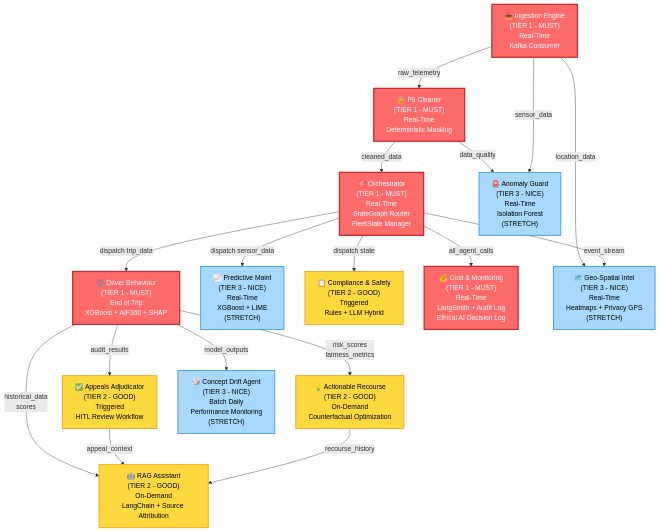
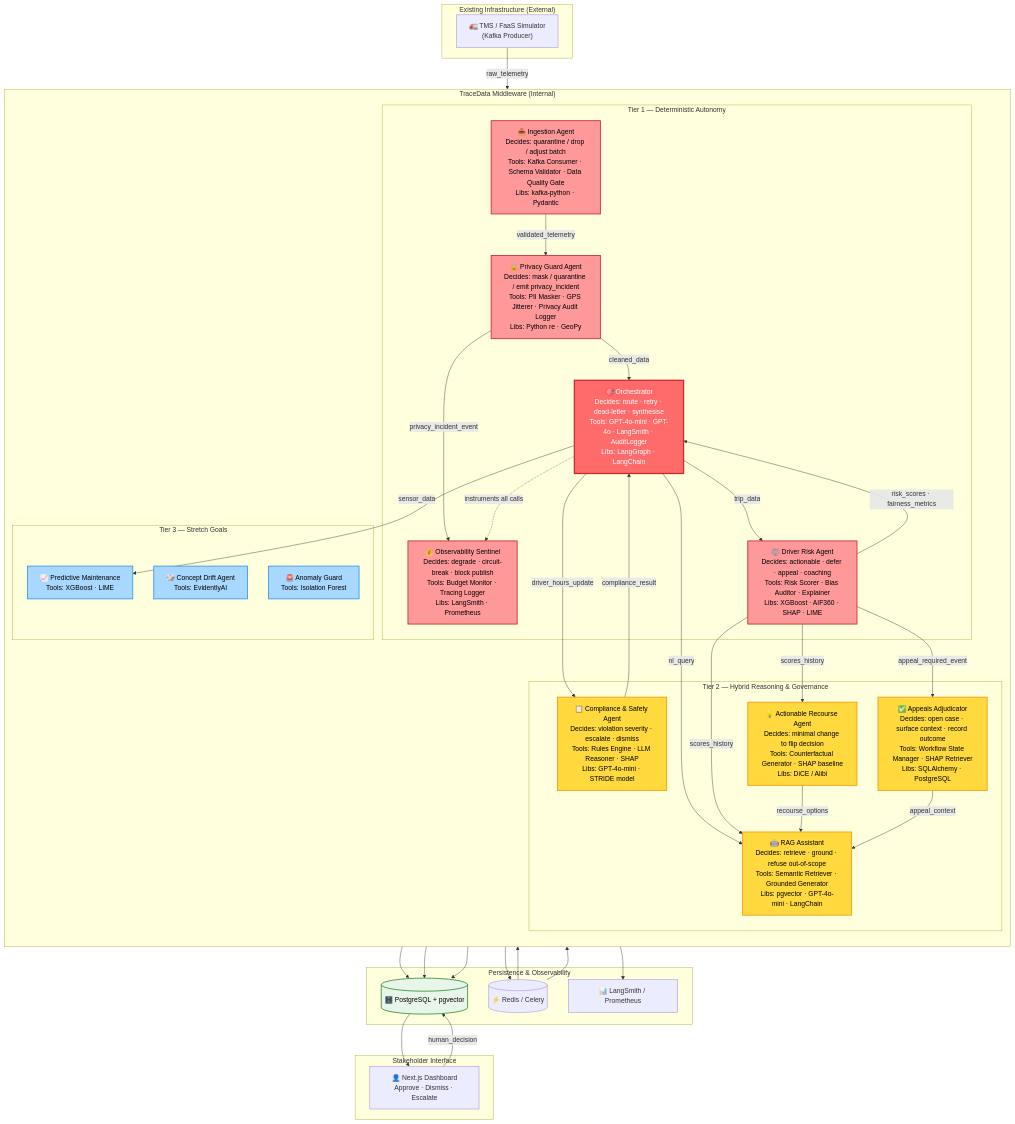
The second of 2 diagrams in docs/architecture/project_proposal.md (tracedata-ai/tracedata-ai-monorepo), drawn with Mermaid before and after one commit. The commit also changed other lines of this file, not shown here.

````diff
--- a/docs/architecture/project_proposal.md
+++ b/docs/architecture/project_proposal.md
@@ -134,51 +122,86 @@
 ```mermaid
-graph TD
-    A["📥 Ingestion Engine<br/>(TIER 1 - MUST)<br/>Real-Time<br/>Kafka Consumer"]
+flowchart TD
 
-    A -->|raw_telemetry| B["🔒 PII Cleaner<br/>(TIER 1 - MUST)<br/>Real-Time<br/>Deterministic Masking"]
+    subgraph External ["Existing Infrastructure (External)"]
+        TMS["🚛 TMS / FaaS Simulator\n(Kafka Producer)"]
+    end
 
-    B -->|cleaned_data| C["🎯 Orchestrator<br/>(TIER 1 - MUST)<br/>Real-Time<br/>StateGraph Router<br/>FleetState Manager"]
+    subgraph Core ["TraceData Middleware (Internal)"]
+        direction TB
 
-    C -->|dispatch trip_data| D["⚖️ Driver Behaviour<br/>(TIER 1 - MUST)<br/>End of Trip<br/>XGBoost + AIF360 + SHAP"]
+        subgraph T1 ["Tier 1 — Deterministic Autonomy"]
+            A["📥 Ingestion Agent\nDecides: quarantine / drop / adjust batch\nTools: Kafka Consumer · Schema Validator · Data Quality Gate\nLibs: kafka-python · Pydantic"]
+            B["🔒 Privacy Guard Agent\nDecides: mask / quarantine / emit privacy_incident\nTools: PII Masker · GPS Jitterer · Privacy Audit Logger\nLibs: Python re · GeoPy"]
+            C["🎯 Orchestrator\nDecides: route · retry · dead-letter · synthesise\nTools: GPT-4o-mini · GPT-4o · LangSmith · AuditLogger\nLibs: LangGraph · LangChain"]
+            D["⚖️ Driver Risk Agent\nDecides: actionable · defer · appeal · coaching\nTools: Risk Scorer · Bias Auditor · Explainer\nLibs: XGBoost · AIF360 · SHAP · LIME"]
+            J["💰 Observability Sentinel\nDecides: degrade · circuit-break · block publish\nTools: Budget Monitor · Tracing Logger\nLibs: LangSmith · Prometheus"]
+        end
 
-    C -->|dispatch sensor_data| E["📈 Predictive Maint<br/>(TIER 3 - NICE)<br/>Real-Time<br/>XGBoost + LIME<br/>(STRETCH)"]
+        subgraph T2 ["Tier 2 — Hybrid Reasoning & Governance"]
+            F["📋 Compliance & Safety Agent\nDecides: violation severity · escalate · dismiss\nTools: Rules Engine · LLM Reasoner · SHAP\nLibs: GPT-4o-mini · STRIDE model"]
+            G["💡 Actionable Recourse Agent\nDecides: minimal change to flip decision\nTools: Counterfactual Generator · SHAP baseline\nLibs: DiCE / Alibi"]
+            H["✅ Appeals Adjudicator\nDecides: open case · surface context · record outcome\nTools: Workflow State Manager · SHAP Retriever\nLibs: SQLAlchemy · PostgreSQL"]
+            K["🤖 RAG Assistant\nDecides: retrieve · ground · refuse out-of-scope\nTools: Semantic Retriever · Grounded Generator\nLibs: pgvector · GPT-4o-mini · LangChain"]
+        end
 
-    C -->|dispatch state| F["📋 Compliance & Safety<br/>(TIER 2 - GOOD)<br/>Triggered<br/>Rules + LLM Hybrid"]
+        subgraph T3 ["Tier 3 — Stretch Goals"]
+            E["📈 Predictive Maintenance\nTools: XGBoost · LIME"]
+            I["🎲 Concept Drift Agent\nTools: EvidentlyAI"]
+            M["🚨 Anomaly Guard\nTools: Isolation Forest"]
+        end
+    end
 
-    D -->|risk_scores<br/>fairness_metrics| G["💡 Actionable Recourse<br/>(TIER 2 - GOOD)<br/>On-Demand<br/>Counterfactual Optimization"]
+    subgraph Persist ["Persistence & Observability"]
+        DB[("🗄️ PostgreSQL + pgvector")]
+        REDIS[("⚡ Redis / Celery")]
+        TRACE["📊 LangSmith / Prometheus"]
+    end
 
-    D -->|audit_results| H["✅ Appeals Adjudicator<br/>(TIER 2 - GOOD)<br/>Triggered<br/>HITL Review Workflow"]
+    subgraph UI ["Stakeholder Interface"]
+        DASH["👤 Next.js Dashboard\nApprove · Dismiss · Escalate"]
+    end
 
-    D -->|model_outputs| I["🎲 Concept Drift Agent<br/>(TIER 3 - NICE)<br/>Batch Daily<br/>Performance Monitoring<br/>(STRETCH)"]
+    TMS -->|raw_telemetry| A
+    A -->|validated_telemetry| B
+    B -->|cleaned_data| C
+    B -->|privacy_incident_event| J
 
-    C -->|all_agent_calls| J["💰 Cost & Monitoring<br/>(TIER 1 - MUST)<br/>Real-Time<br/>LangSmith + Audit Log<br/>Ethical AI Decision Log"]
+    C -->|trip_data| D
+    C -->|sensor_data| E
+    C -->|driver_hours_update| F
+    C -->|nl_query| K
+    C -.->|instruments all calls| J
 
-    D -->|historical_data<br/>scores| K["🤖 RAG Assistant<br/>(TIER 2 - GOOD)<br/>On-Demand<br/>LangChain + Source Attribution"]
+    D -->|risk_scores · fairness_metrics| C
+    D -->|appeal_required_event| H
+    D -->|scores_history| G
+    D -->|scores_history| K
 
+    F -->|compliance_result| C
+    G -->|recourse_options| K
     H -->|appeal_context| K
-    G -->|recourse_history| K
 
-    A -->|location_data| L["🗺️ Geo-Spatial Intel<br/>(TIER 3 - NICE)<br/>Real-Time<br/>Heatmaps + Privacy GPS<br/>(STRETCH)"]
+    C --> DB
+    D --> DB
+    J --> TRACE
+    K --> DB
+    DB --> DASH
+    DASH -->|human_decision| DB
+    C --> REDIS
+    REDIS --> D
+    REDIS --> F
 
-    C -->|event_stream| L
-
-    B -->|data_quality| M["🚨 Anomaly Guard<br/>(TIER 3 - NICE)<br/>Real-Time<br/>Isolation Forest<br/>(STRETCH)"]
-
-    A -->|sensor_data| M
-
-    style A fill:#ff6b6b,color:#fff,stroke:#c92a2a,stroke-width:3px
-    style B fill:#ff6b6b,color:#fff,stroke:#c92a2a,stroke-width:3px
     style C fill:#ff6b6b,color:#fff,stroke:#c92a2a,stroke-width:3px
-    style D fill:#ff6b6b,color:#fff,stroke:#c92a2a,stroke-width:3px
-    style J fill:#ff6b6b,color:#fff,stroke:#c92a2a,stroke-width:3px
-
+    style A fill:#ff9999,color:#000,stroke:#c92a2a,stroke-width:2px
+    style B fill:#ff9999,color:#000,stroke:#c92a2a,stroke-width:2px
+    style D fill:#ff9999,color:#000,stroke:#c92a2a,stroke-width:2px
+    style J fill:#ff9999,color:#000,stroke:#c92a2a,stroke-width:2px
     style F fill:#ffd93d,color:#000,stroke:#f39c12,stroke-width:2px
     style G fill:#ffd93d,color:#000,stroke:#f39c12,stroke-width:2px
     style H fill:#ffd93d,color:#000,stroke:#f39c12,stroke-width:2px
     style K fill:#ffd93d,color:#000,stroke:#f39c12,stroke-width:2px
-
     style E fill:#a8d8ff,color:#000,stroke:#3498db,stroke-width:2px
     style I fill:#a8d8ff,color:#000,stroke:#3498db,stroke-width:2px
-    style L fill:#a8d8ff,color:#000,stroke:#3498db,stroke-width:2px
     style M fill:#a8d8ff,color:#000,stroke:#3498db,stroke-width:2px
+    style DB fill:#e8f5e9,color:#000,stroke:#388e3c,stroke-width:2px
 ```
````
